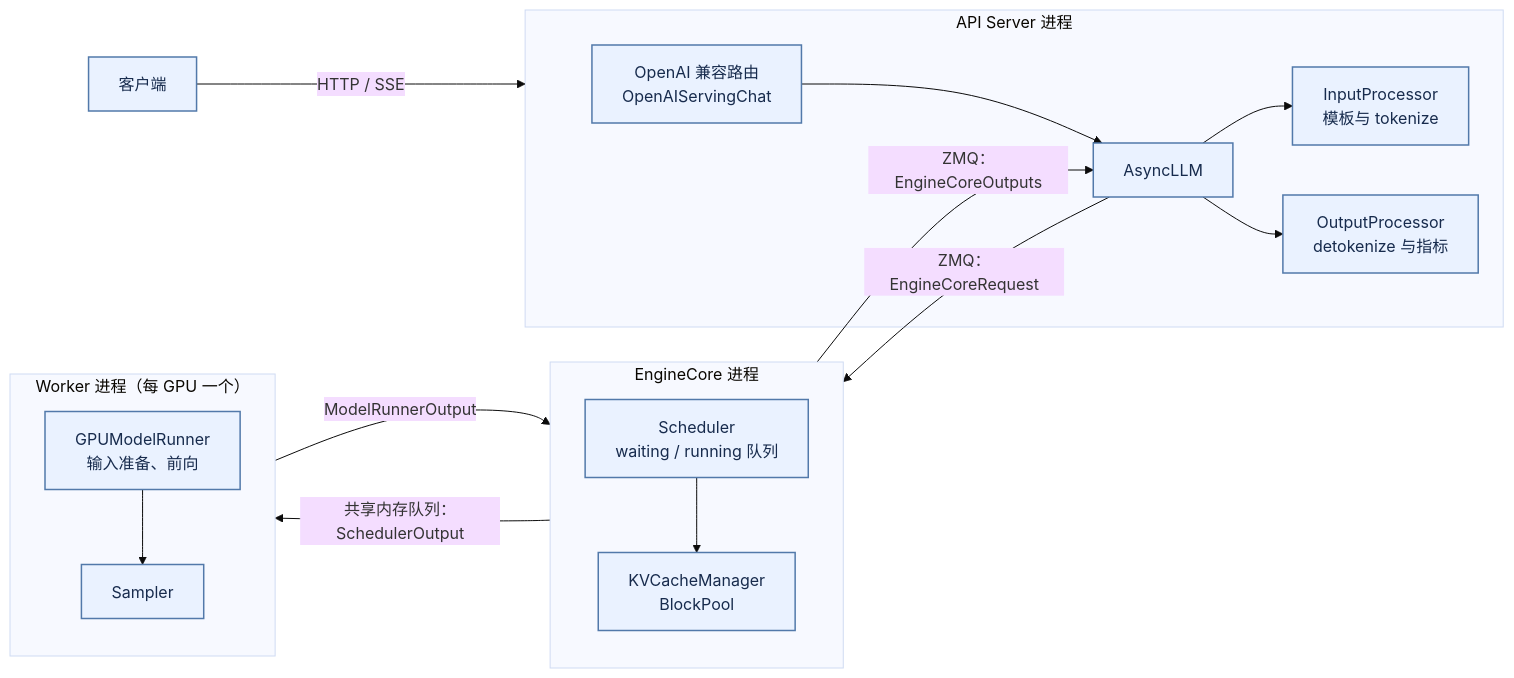
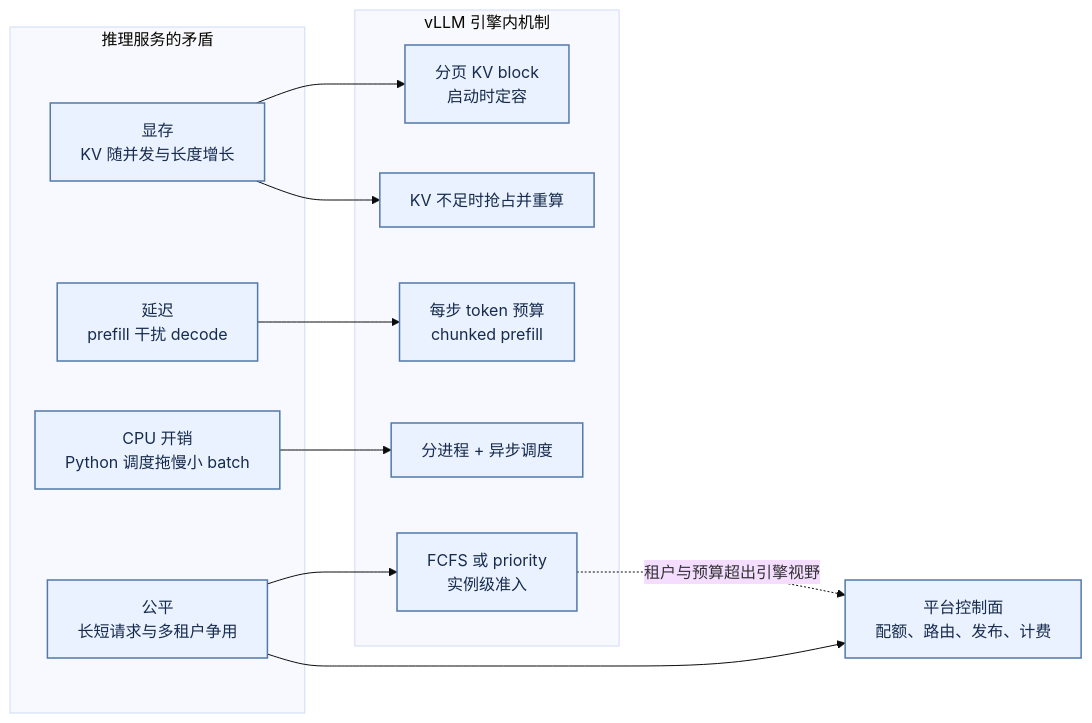
Before and after one commit to wxquare/wxquare.github.io: the first of 18 diagrams in books/ai-book/src/part2/03-inference.md, drawn with Mermaid (base theme). The commit also changed other lines of this file and 4 other files, not shown here.

````diff
--- a/books/ai-book/src/part2/03-inference.md
+++ b/books/ai-book/src/part2/03-inference.md
@@ -83,28 +17,25 @@
 ```mermaid
 flowchart LR
-    C["客户端"] -->|"HTTP / SSE"| API
-    subgraph API["API Server 进程"]
-        R["OpenAI 兼容路由<br/>OpenAIServingChat"]
-        AL["AsyncLLM"]
-        IP["InputProcessor<br/>模板与 tokenize"]
-        OP["OutputProcessor<br/>detokenize 与指标"]
-        R --> AL
-        AL --> IP
-        AL --> OP
+    subgraph C["推理服务的矛盾"]
+        C1["显存<br/>KV 随并发与长度增长"]
+        C2["延迟<br/>prefill 干扰 decode"]
+        C3["CPU 开销<br/>Python 调度拖慢小 batch"]
+        C4["公平<br/>长短请求与多租户争用"]
     end
-    subgraph EC["EngineCore 进程"]
-        S["Scheduler<br/>waiting / running 队列"]
-        KM["KVCacheManager<br/>BlockPool"]
-        S --> KM
+    subgraph V["vLLM 引擎内机制"]
+        V1["分页 KV block<br/>启动时定容"]
+        V2["KV 不足时抢占并重算"]
+        V3["每步 token 预算<br/>chunked prefill"]
+        V4["分进程 + 异步调度"]
+        V5["FCFS 或 priority<br/>实例级准入"]
     end
-    subgraph WK["Worker 进程（每 GPU 一个）"]
-        MR["GPUModelRunner<br/>输入准备、前向"]
-        SM["Sampler"]
-        MR --> SM
-    end
-    AL -->|"ZMQ：EngineCoreRequest"| EC
-    EC -->|"ZMQ：EngineCoreOutputs"| AL
-    EC -->|"共享内存队列：SchedulerOutput"| WK
-    WK -->|"ModelRunnerOutput"| EC
+    P["平台控制面<br/>配额、路由、发布、计费"]
+    C1 --> V1
+    C1 --> V2
+    C2 --> V3
+    C3 --> V4
+    C4 --> V5
+    C4 --> P
+    V5 -.->|"租户与预算超出引擎视野"| P
     classDef default fill:#eaf2ff,stroke:#5279aa,stroke-width:1.5px,color:#172b4d;
 ```
````
